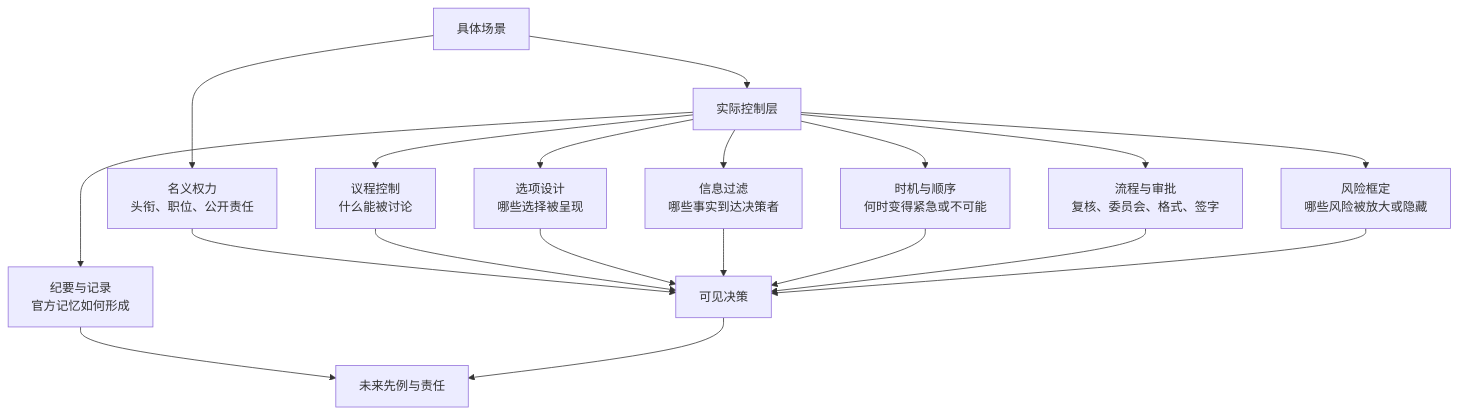
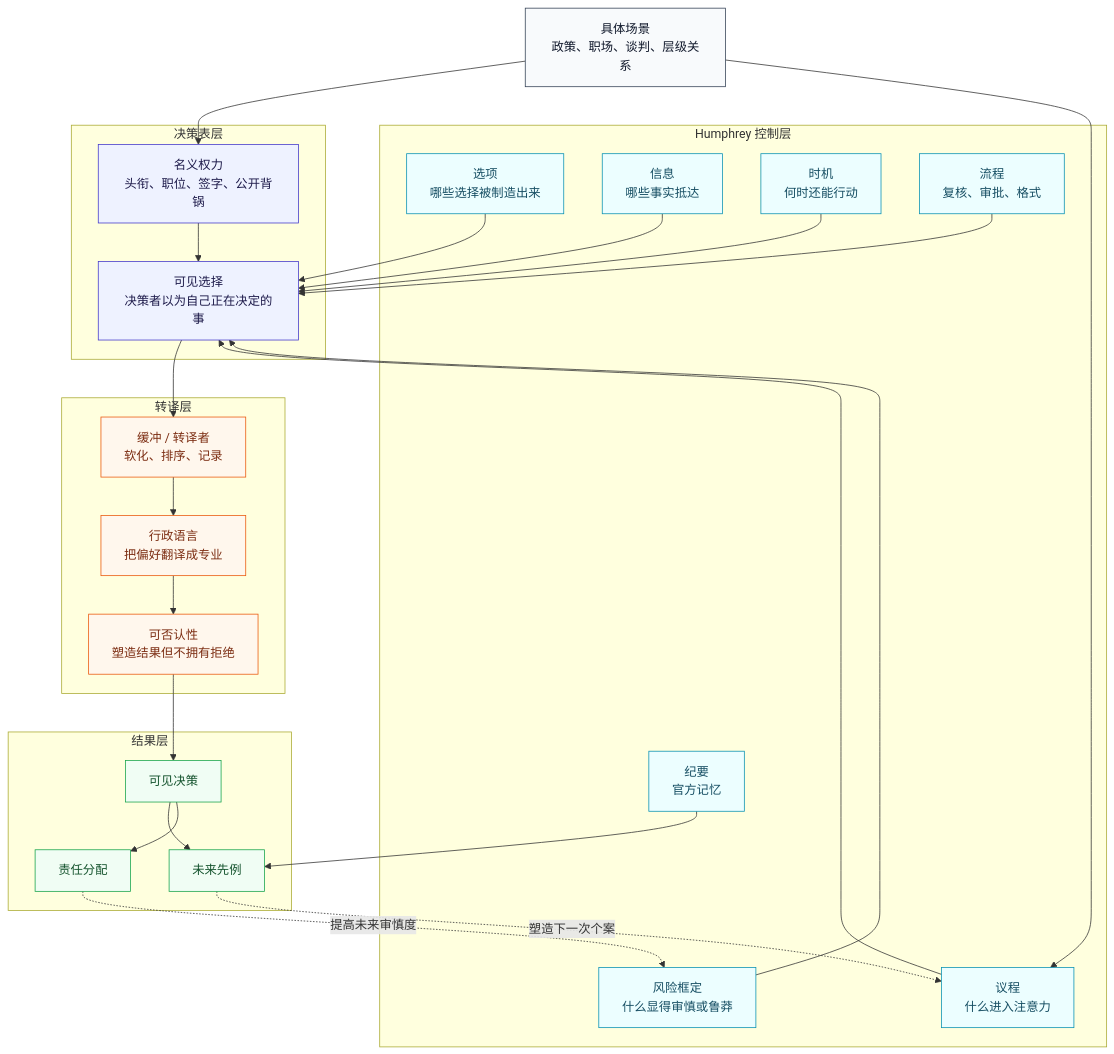
The seventh of 8 diagrams in README.md (Mingfius-Song/GCMG-ladder_to_apotheosis-skill), drawn with Mermaid before and after one commit. The commit also changed other lines of this file, not shown here.

Commit message:
Refine Humphrey and Arnold diagrams with layered architecture

````diff
--- a/README.md
+++ b/README.md
@@ -470,23 +544,56 @@
 ```mermaid
-flowchart TD
-    SituationCN["具体场景"] --> FormalPowerCN["名义权力<br/>头衔、职位、公开责任"]
-    SituationCN --> ControlLayerCN["实际控制层"]
+flowchart TB
+    SituationCN["具体场景<br/>政策、职场、谈判、层级关系"]:::input
 
-    ControlLayerCN --> AgendaCN["议程控制<br/>什么能被讨论"]
-    ControlLayerCN --> OptionsCN["选项设计<br/>哪些选择被呈现"]
-    ControlLayerCN --> InfoCN["信息过滤<br/>哪些事实到达决策者"]
-    ControlLayerCN --> TimingCN["时机与顺序<br/>何时变得紧急或不可能"]
-    ControlLayerCN --> ProcedureCN["流程与审批<br/>复核、委员会、格式、签字"]
-    ControlLayerCN --> MinutesCN["纪要与记录<br/>官方记忆如何形成"]
-    ControlLayerCN --> RiskCN["风险框定<br/>哪些风险被放大或隐藏"]
+    subgraph SurfaceCN["决策表层"]
+        FormalPowerCN["名义权力<br/>头衔、职位、签字、公开背锅"]:::surface
+        VisibleChoiceCN["可见选择<br/>决策者以为自己正在决定的事"]:::surface
+    end
 
-    FormalPowerCN --> DecisionCN["可见决策"]
-    AgendaCN --> DecisionCN
-    OptionsCN --> DecisionCN
-    InfoCN --> DecisionCN
-    TimingCN --> DecisionCN
-    ProcedureCN --> DecisionCN
-    MinutesCN --> FutureCN["未来先例与责任"]
-    RiskCN --> DecisionCN
-    DecisionCN --> FutureCN
+    subgraph ControlCN["Humphrey 控制层"]
+        AgendaCN["议程<br/>什么进入注意力"]:::lever
+        OptionsCN["选项<br/>哪些选择被制造出来"]:::lever
+        InformationCN["信息<br/>哪些事实抵达"]:::lever
+        TimingCN["时机<br/>何时还能行动"]:::lever
+        ProcedureCN["流程<br/>复核、审批、格式"]:::lever
+        RiskCN["风险框定<br/>什么显得审慎或鲁莽"]:::lever
+        MinutesCN["纪要<br/>官方记忆"]:::lever
+    end
+
+    subgraph TranslationCN["转译层"]
+        BernardCN["缓冲 / 转译者<br/>软化、排序、记录"]:::translator
+        LanguageCN["行政语言<br/>把偏好翻译成专业"]:::translator
+        DeniabilityCN["可否认性<br/>塑造结果但不拥有拒绝"]:::translator
+    end
+
+    subgraph OutputCN["结果层"]
+        DecisionCN["可见决策"]:::output
+        PrecedentCN["未来先例"]:::output
+        BlameCN["责任分配"]:::output
+    end
+
+    SituationCN --> FormalPowerCN
+    SituationCN --> AgendaCN
+    FormalPowerCN --> VisibleChoiceCN
+    AgendaCN --> VisibleChoiceCN
+    OptionsCN --> VisibleChoiceCN
+    InformationCN --> VisibleChoiceCN
+    TimingCN --> VisibleChoiceCN
+    ProcedureCN --> VisibleChoiceCN
+    RiskCN --> VisibleChoiceCN
+    MinutesCN --> PrecedentCN
+    VisibleChoiceCN --> BernardCN
+    BernardCN --> LanguageCN
+    LanguageCN --> DeniabilityCN
+    DeniabilityCN --> DecisionCN
+    DecisionCN --> PrecedentCN
+    DecisionCN --> BlameCN
+    PrecedentCN -.塑造下一次个案.-> AgendaCN
+    BlameCN -.提高未来审慎度.-> RiskCN
+
+    classDef input fill:#f8fafc,stroke:#334155,stroke-width:1px,color:#0f172a
+    classDef surface fill:#eef2ff,stroke:#4338ca,stroke-width:1px,color:#1e1b4b
+    classDef lever fill:#ecfeff,stroke:#0891b2,stroke-width:1px,color:#164e63
+    classDef translator fill:#fff7ed,stroke:#ea580c,stroke-width:1px,color:#7c2d12
+    classDef output fill:#f0fdf4,stroke:#16a34a,stroke-width:1px,color:#14532d
 ```
````
